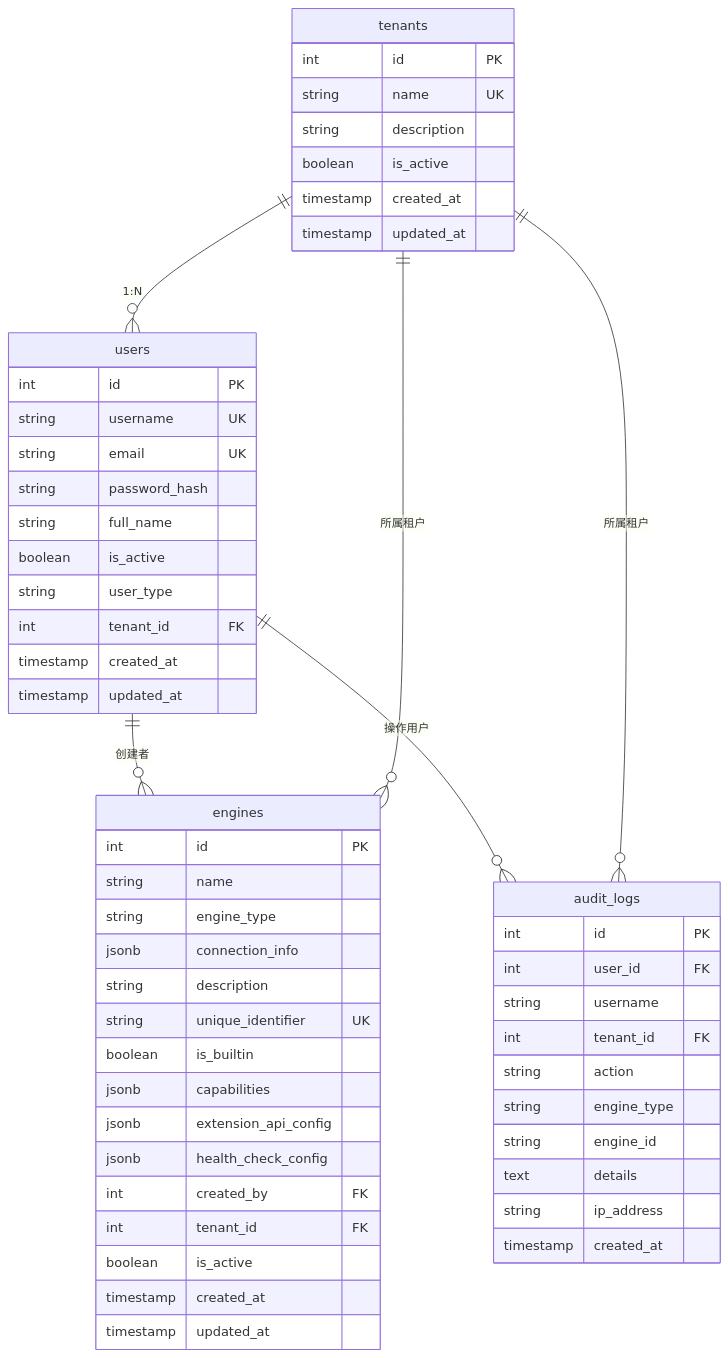
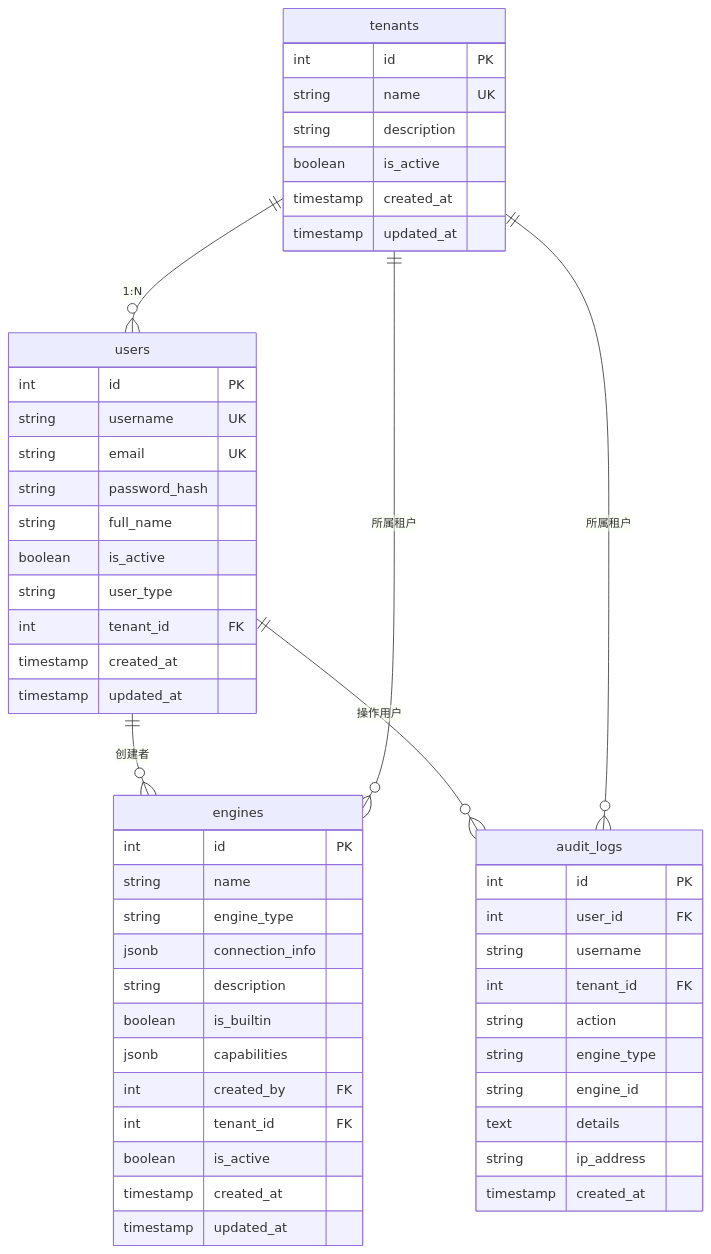
One commit to pampa0629/addp changed the diagram in system/docs/数据库架构.md. Above: the diagram before and after it, drawn with Mermaid. The commit also changed other lines of this file and 536 other files, not shown here.

````diff
--- a/system/docs/数据库架构.md
+++ b/system/docs/数据库架构.md
@@ -31,61 +31,58 @@
 ```mermaid
 erDiagram
     tenants ||--o{ users : "1:N"
     users ||--o{ engines : "创建者"
     tenants ||--o{ engines : "所属租户"
     users ||--o{ audit_logs : "操作用户"
     tenants ||--o{ audit_logs : "所属租户"
 
     tenants {
         int id PK
         string name UK
         string description
         boolean is_active
         timestamp created_at
         timestamp updated_at
     }
 
     users {
         int id PK
         string username UK
         string email UK
         string password_hash
         string full_name
         boolean is_active
         string user_type
         int tenant_id FK
         timestamp created_at
         timestamp updated_at
     }
 
     engines {
         int id PK
         string name
         string engine_type
         jsonb connection_info
         string description
-        string unique_identifier UK
         boolean is_builtin
         jsonb capabilities
-        jsonb extension_api_config
-        jsonb health_check_config
         int created_by FK
         int tenant_id FK
         boolean is_active
         timestamp created_at
         timestamp updated_at
     }
 
     audit_logs {
         int id PK
         int user_id FK
         string username
         int tenant_id FK
         string action
         string engine_type
         string engine_id
         text details
         string ip_address
         timestamp created_at
     }
 ```
````
